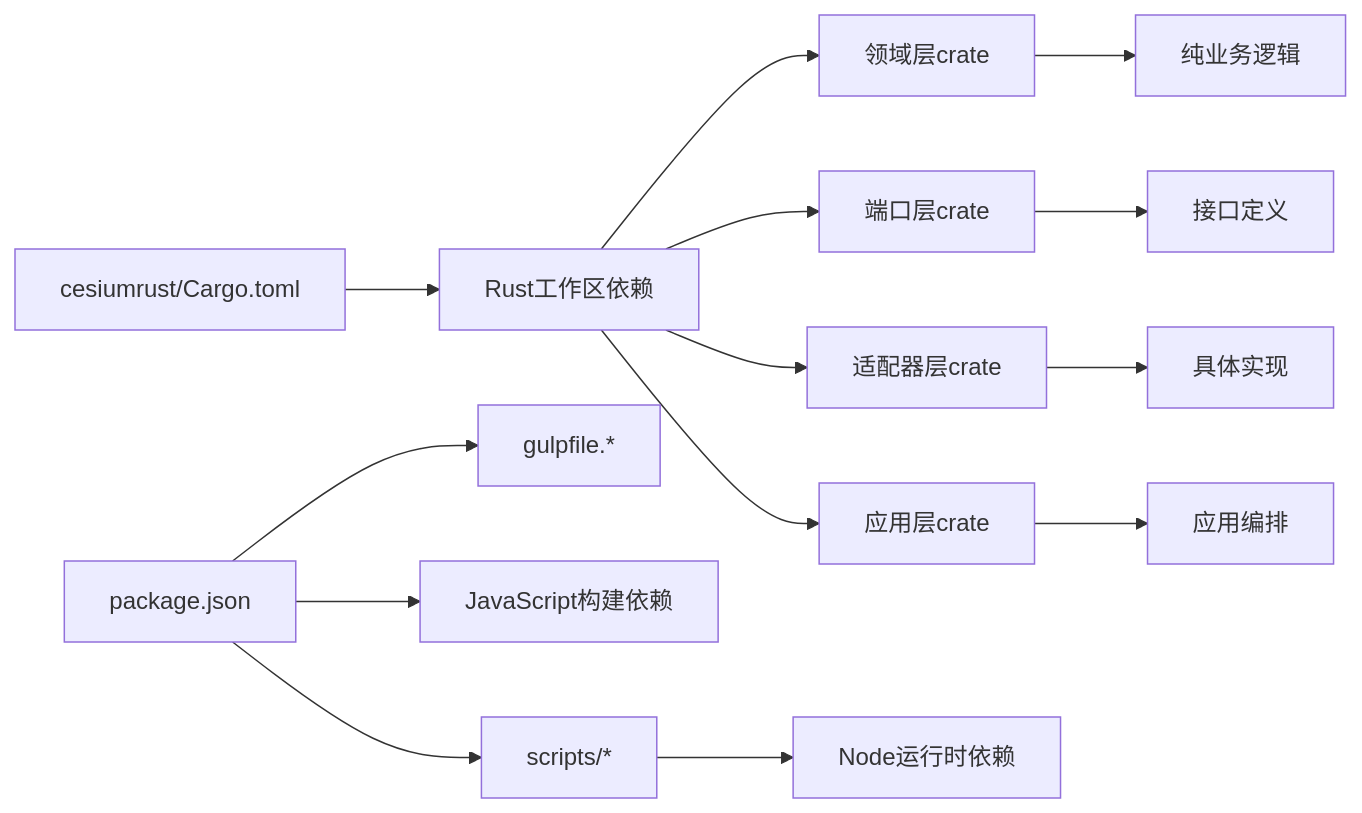
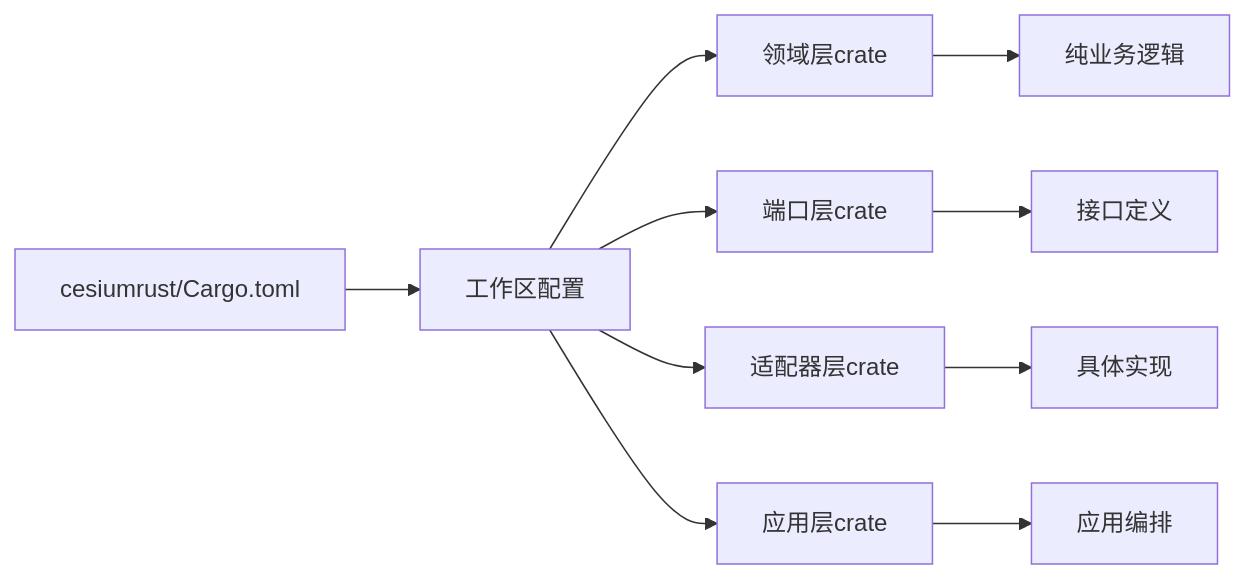
Before and after one commit to rzhangjing/cesium: the sixth of 6 diagrams in .qoder/repowiki/zh/content/构建与部署/构建系统配置/构建系统配置.md, drawn with Mermaid. The commit also changed other lines of this file and 74 other files, not shown here.

````diff
--- a/.qoder/repowiki/zh/content/构建与部署/构建系统配置/构建系统配置.md
+++ b/.qoder/repowiki/zh/content/构建与部署/构建系统配置/构建系统配置.md
@@ -373,16 +309,12 @@
 ```mermaid
 graph LR
-P["package.json"] --> S["scripts/*"]
-P --> G["gulpfile.*"]
-P --> T["JavaScript构建依赖"]
-R["cesiumrust/Cargo.toml"] --> U["Rust工作区依赖"]
+P["cesiumrust/Cargo.toml"] --> U["工作区配置"]
 U --> V["领域层crate"]
 U --> W["端口层crate"]
 U --> X["适配器层crate"]
 U --> Y["应用层crate"]
-S --> Z["Node运行时依赖"]
 V --> AA["纯业务逻辑"]
 W --> AB["接口定义"]
 X --> AC["具体实现"]
 Y --> AD["应用编排"]
 ```
````
